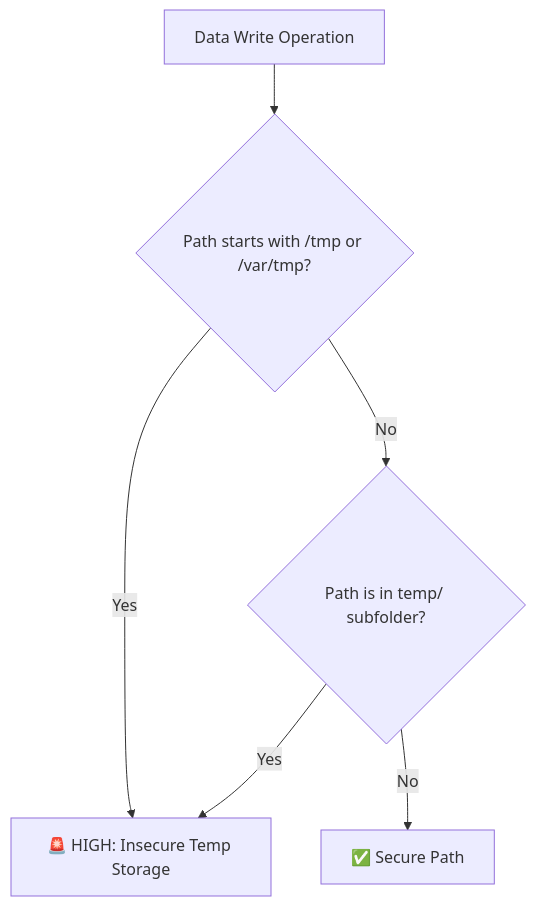
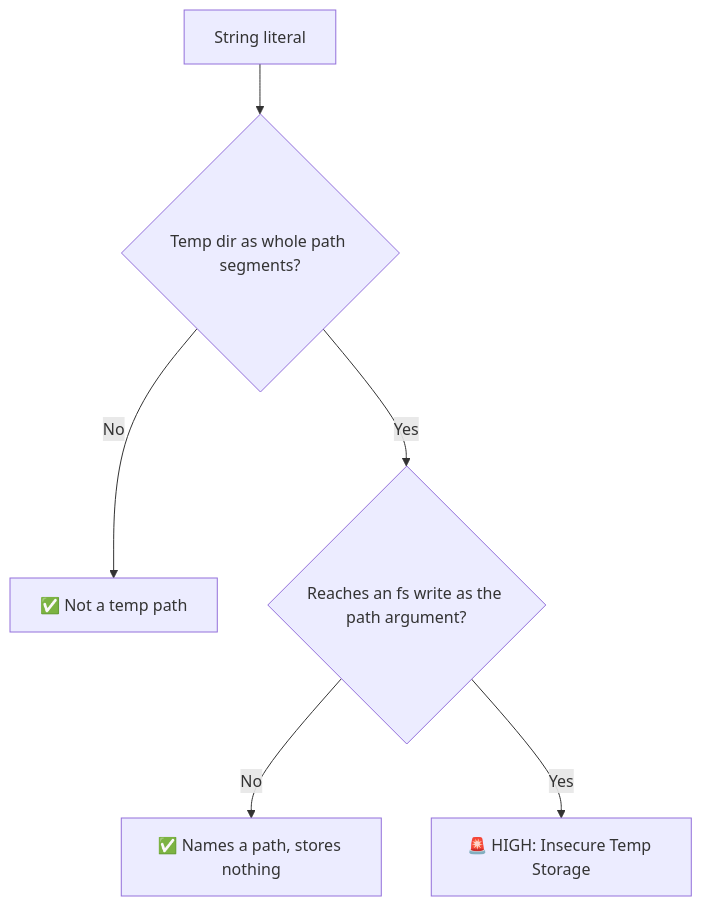
One commit to ofri-peretz/eslint changed the diagram in apps/docs/content/docs/security/plugin-node-security/rules/no-data-in-temp-storage.mdx. Above: the diagram before and after it, drawn with Mermaid. The commit also changed other lines of this file and 72 other files, not shown here.

````diff
--- a/apps/docs/content/docs/security/plugin-node-security/rules/no-data-in-temp-storage.mdx
+++ b/apps/docs/content/docs/security/plugin-node-security/rules/no-data-in-temp-storage.mdx
@@ -38,9 +51,9 @@
 ```mermaid
 graph TD
-    A["Data Write Operation"] --> B{"Path starts with /tmp or /var/tmp?"}
-    B -- Yes --> C["🚨 HIGH: Insecure Temp Storage"]
-    B -- No --> D{"Path is in temp/ subfolder?"}
-    D -- Yes --> C
-    D -- No --> E["✅ Secure Path"]
+    A["String literal"] --> B{"Temp dir as whole path segments?"}
+    B -- No --> E["✅ Not a temp path"]
+    B -- Yes --> C{"Reaches an fs write as the path argument?"}
+    C -- No --> F["✅ Names a path, stores nothing"]
+    C -- Yes --> D["🚨 HIGH: Insecure Temp Storage"]
 
 ```
````
